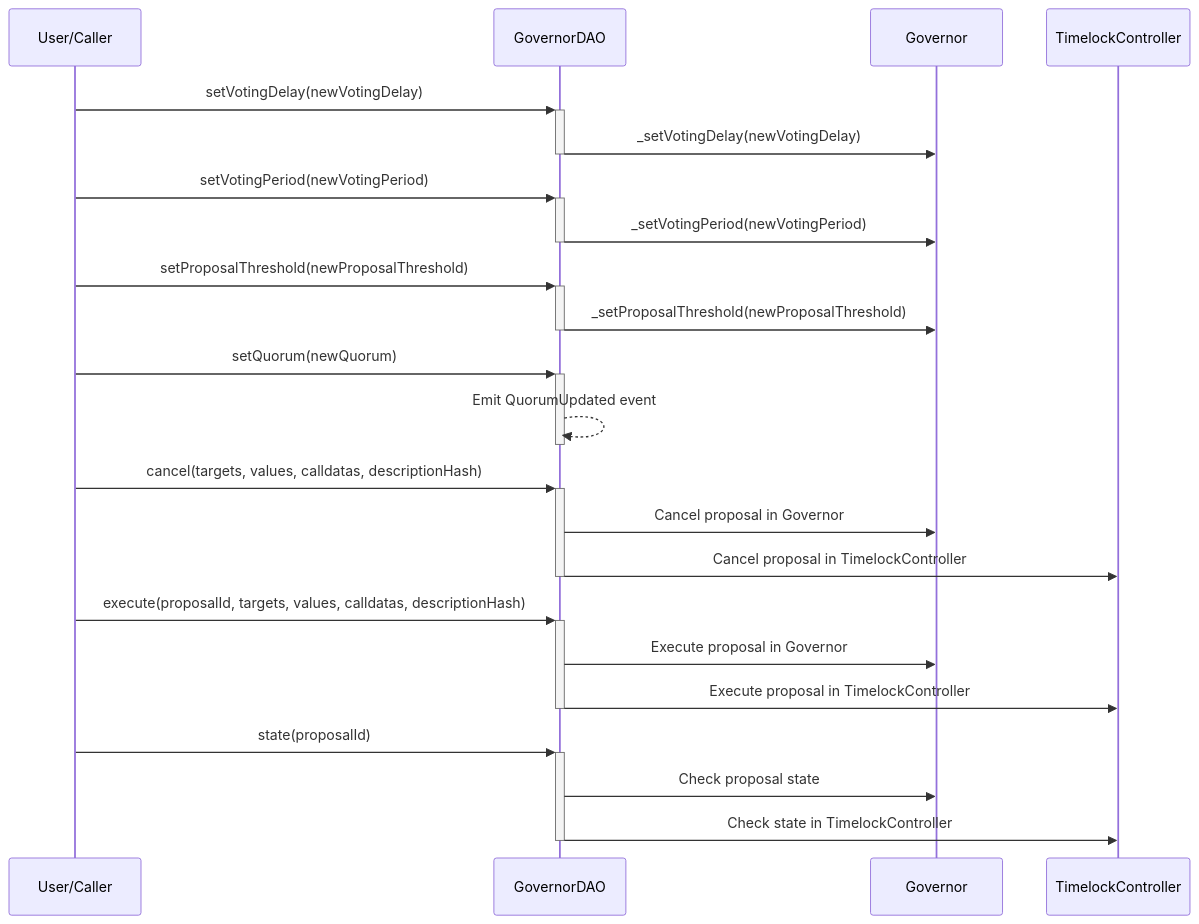
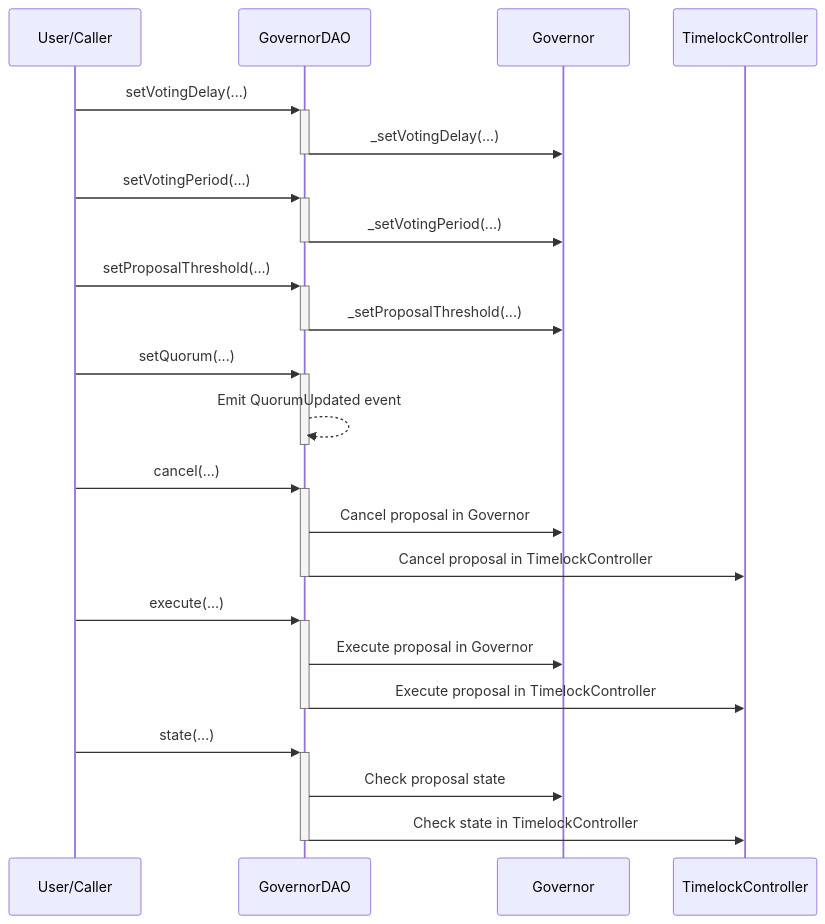
The second of 2 diagrams in doc/contracts/governance/GovernorDAO.md (ZTX-Foundation/tuxedo), drawn with Mermaid before and after one commit. The commit also changed 17 other files, not shown here.

````diff
--- a/doc/contracts/governance/GovernorDAO.md
+++ b/doc/contracts/governance/GovernorDAO.md
@@ -26,31 +26,31 @@
 ```mermaid
 sequenceDiagram
     participant User as User/Caller
     participant GovernorDAO
     participant Governor
     participant TimelockController
 
-    User->>+GovernorDAO: setVotingDelay(newVotingDelay)
-    GovernorDAO->>-Governor: _setVotingDelay(newVotingDelay)
+    User->>+GovernorDAO: setVotingDelay(...)
+    GovernorDAO->>-Governor: _setVotingDelay(...)
 
-    User->>+GovernorDAO: setVotingPeriod(newVotingPeriod)
-    GovernorDAO->>-Governor: _setVotingPeriod(newVotingPeriod)
+    User->>+GovernorDAO: setVotingPeriod(...)
+    GovernorDAO->>-Governor: _setVotingPeriod(...)
 
-    User->>+GovernorDAO: setProposalThreshold(newProposalThreshold)
-    GovernorDAO->>-Governor: _setProposalThreshold(newProposalThreshold)
+    User->>+GovernorDAO: setProposalThreshold(...)
+    GovernorDAO->>-Governor: _setProposalThreshold(...)
 
-    User->>+GovernorDAO: setQuorum(newQuorum)
+    User->>+GovernorDAO: setQuorum(...)
     GovernorDAO-->>-GovernorDAO: Emit QuorumUpdated event
 
-    User->>+GovernorDAO: cancel(targets, values, calldatas, descriptionHash)
+    User->>+GovernorDAO: cancel(...)
     GovernorDAO->>Governor: Cancel proposal in Governor
     GovernorDAO->>-TimelockController: Cancel proposal in TimelockController
 
-    User->>+GovernorDAO: execute(proposalId, targets, values, calldatas, descriptionHash)
+    User->>+GovernorDAO: execute(...)
     GovernorDAO->>Governor: Execute proposal in Governor
     GovernorDAO->>-TimelockController: Execute proposal in TimelockController
 
-    User->>+GovernorDAO: state(proposalId)
+    User->>+GovernorDAO: state(...)
     GovernorDAO->>Governor: Check proposal state
     GovernorDAO->>-TimelockController: Check state in TimelockController
 ```
````
